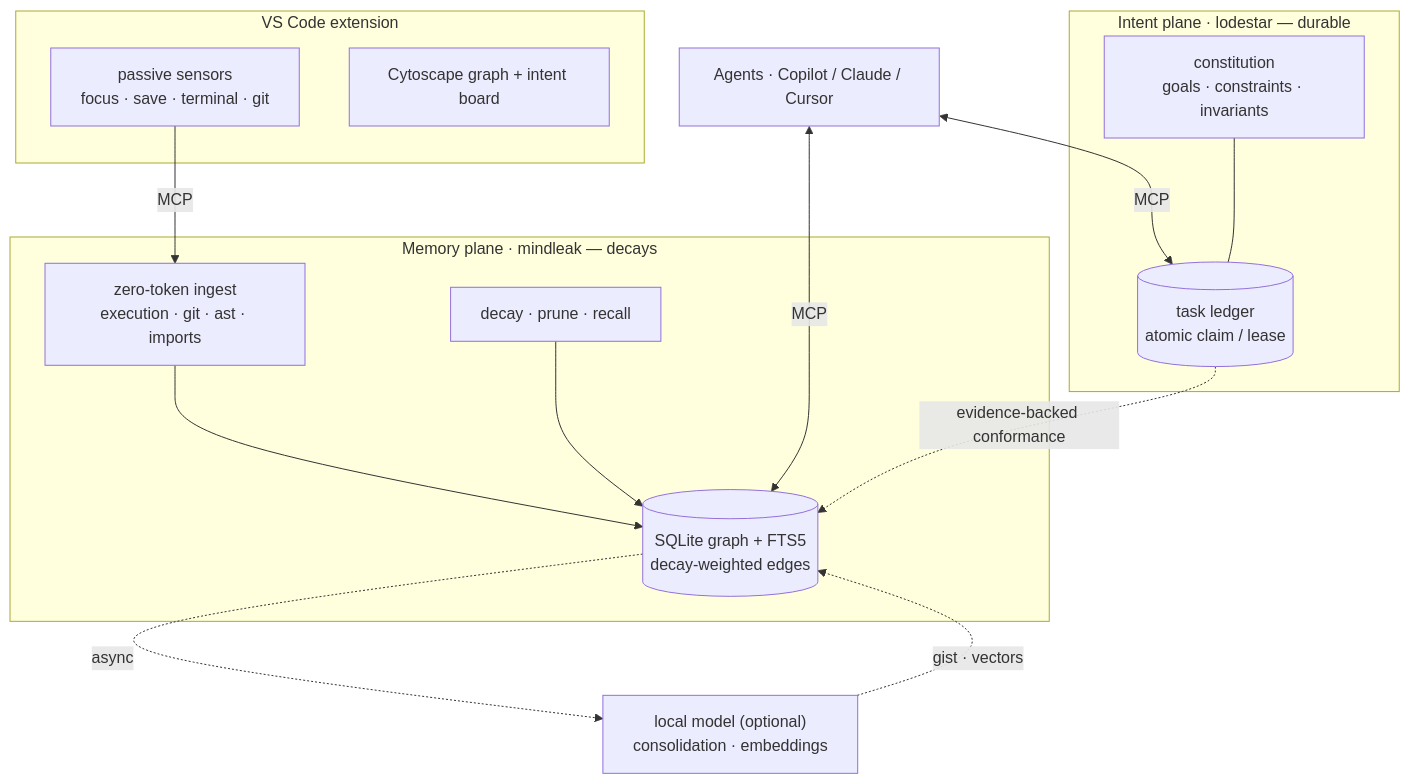
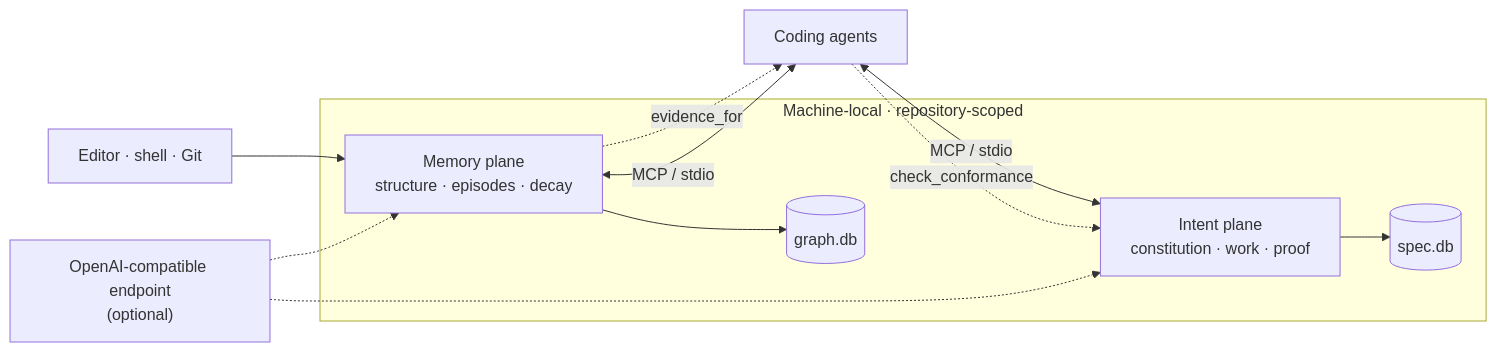
Before and after one commit to monk-eee/MindLeak: the diagram in README.md, drawn with Mermaid. The commit also changed other lines of this file and 6 other files, not shown here.

````diff
--- a/README.md
+++ b/README.md
@@ -246,28 +165,16 @@
 ```mermaid
-flowchart TD
-  A["Agents · Copilot / Claude / Cursor"]
-  subgraph editor["VS Code extension"]
-    S["passive sensors<br/>focus · save · terminal · git"]
-    V["Cytoscape graph + intent board"]
+flowchart LR
+  S["Editor · shell · Git"] --> M
+  A["Coding agents"] <-->|"MCP / stdio"| M
+  A <-->|"MCP / stdio"| L
+
+  subgraph local["Machine-local · repository-scoped"]
+    M["Memory plane<br/>structure · episodes · decay"] --> G[("graph.db")]
+    L["Intent plane<br/>constitution · work · proof"] --> D[("spec.db")]
   end
-  subgraph memory["Memory plane · mindleak — decays"]
-    I["zero-token ingest<br/>execution · git · ast · imports"]
-    G[("SQLite graph + FTS5<br/>decay-weighted edges")]
-    D["decay · prune · recall"]
-  end
-  subgraph intent["Intent plane · lodestar — durable"]
-    C["constitution<br/>goals · constraints · invariants"]
-    T[("task ledger<br/>atomic claim / lease")]
-  end
-  O["local model (optional)<br/>consolidation · embeddings"]
 
-  A <-->|MCP| G
-  A <-->|MCP| T
-  S -->|MCP| I
-  I --> G
-  D --> G
-  G -.async.-> O
-  O -.gist · vectors.-> G
-  C --- T
-  T -. evidence-backed conformance .-> G
+  M -. "evidence_for" .-> A
+  A -. "check_conformance" .-> L
+  O["OpenAI-compatible endpoint<br/>(optional)"] -.-> M
+  O -.-> L
 ```
````
